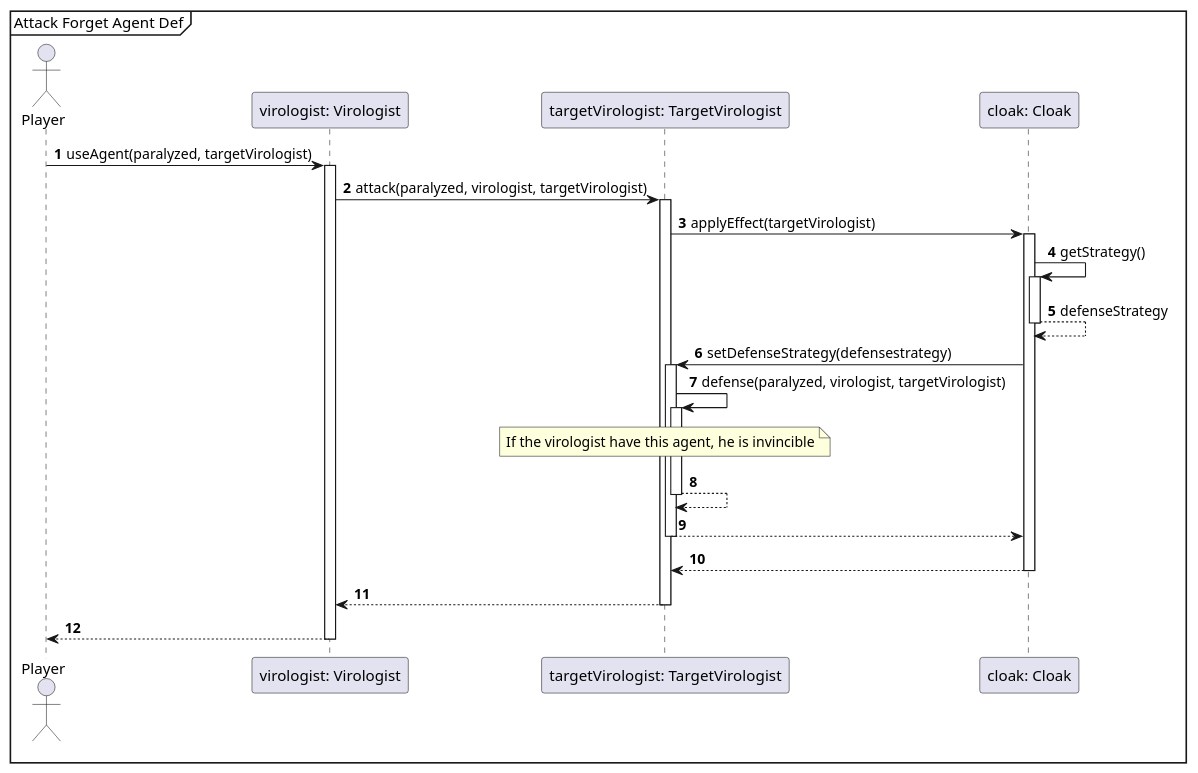
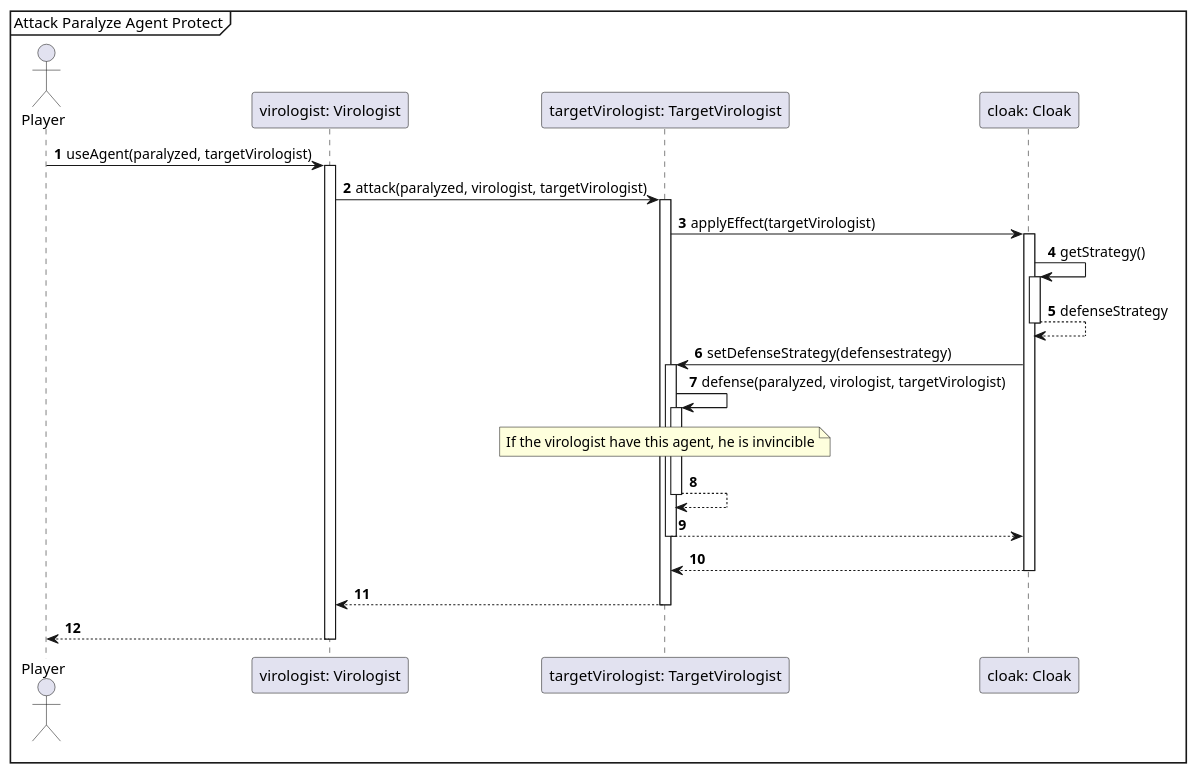
One commit to Projlab-csb/projlab-virologus changed the diagram in Exact Sequence-diagrams/AttackParalyzeAgentPROTECT.puml. Above: the diagram before and after it, drawn with PlantUML. The commit also changed 16 other files, not shown here.

```diff
--- a/Exact Sequence-diagrams/AttackParalyzeAgentPROTECT.puml
+++ b/Exact Sequence-diagrams/AttackParalyzeAgentPROTECT.puml
@@ -1,34 +1,34 @@
 @startuml
 'https://plantuml.com/sequence-diagram
 
 autonumber
 
-mainframe Attack Forget Agent Def
+mainframe Attack Paralyze Agent Protect
 
 actor Player
 
 Player -> "virologist: Virologist"++: useAgent(paralyzed, targetVirologist)
 "virologist: Virologist" -> "targetVirologist: TargetVirologist"++: attack(paralyzed, virologist, targetVirologist)
 "targetVirologist: TargetVirologist" -> "cloak: Cloak"++ : applyEffect(targetVirologist)
 "cloak: Cloak" -> "cloak: Cloak"++ : getStrategy()
 "cloak: Cloak" --> "cloak: Cloak"-- : defenseStrategy
 
 "cloak: Cloak" -> "targetVirologist: TargetVirologist"++: setDefenseStrategy(defensestrategy)
 
 "targetVirologist: TargetVirologist" -> "targetVirologist: TargetVirologist"++: defense(paralyzed, virologist, targetVirologist)
 
 
 note over "targetVirologist: TargetVirologist"
     If the virologist have this agent, he is invincible
 end note
 
 "targetVirologist: TargetVirologist" --> "targetVirologist: TargetVirologist" --
 
 "targetVirologist: TargetVirologist" --> "cloak: Cloak" --
 "cloak: Cloak" --> "targetVirologist: TargetVirologist" --
 
 
 "targetVirologist: TargetVirologist" --> "virologist: Virologist" --
 
 "virologist: Virologist" --> Player --
 @enduml
```
